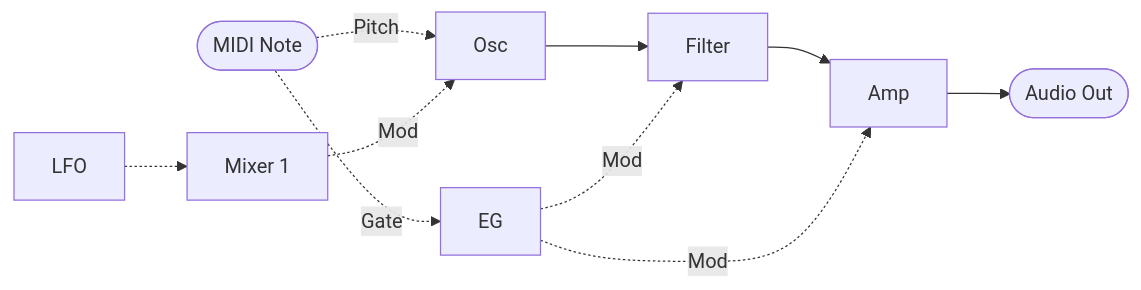
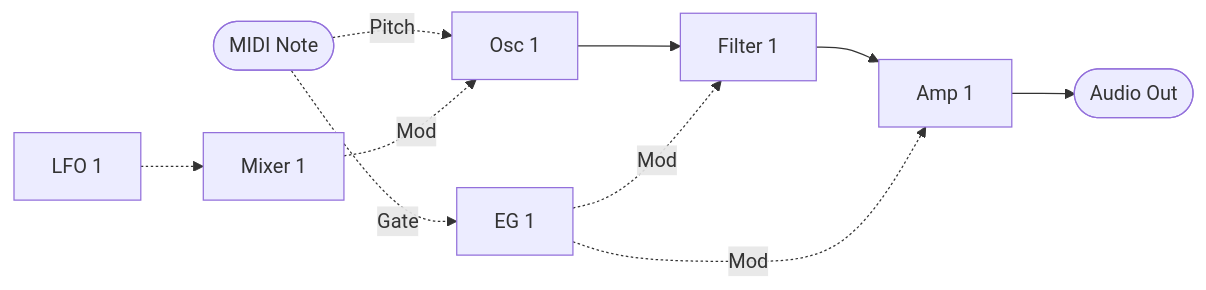
Before and after one commit to risgk/midi_synthesizer_spms1: the first of 2 diagrams in spms1_type0/README.ja.md, drawn with Mermaid. The commit also changed other lines of this file and 3 other files, not shown here.

````diff
--- a/spms1_type0/README.ja.md
+++ b/spms1_type0/README.ja.md
@@ -92,22 +92,22 @@
 ```mermaid
 flowchart LR
   NOTE([MIDI Note])
-  LFO[LFO]
+  LFO[LFO 1]
   MIX1[Mixer 1]
-  EG[EG]
-  OSC[Osc]
-  FILTER[Filter]
-  AMP[Amp]
+  EG[EG 1]
+  OSC[Osc 1]
+  FILTER[Filter 1]
+  AMP[Amp 1]
   OUT([Audio Out])
 
   OSC --> FILTER
   FILTER --> AMP
   AMP --> OUT
 
   NOTE -. Gate .-> EG
   NOTE -. Pitch .-> OSC
   LFO -.-> MIX1
   MIX1 -. Mod .-> OSC
   EG -. Mod .-> FILTER
   EG -. Mod .-> AMP
 ```
````
